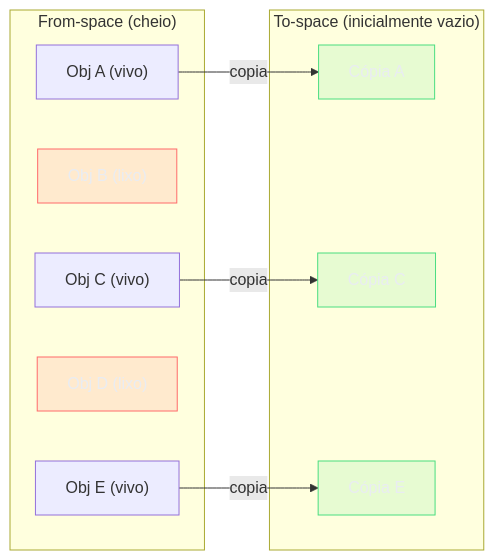
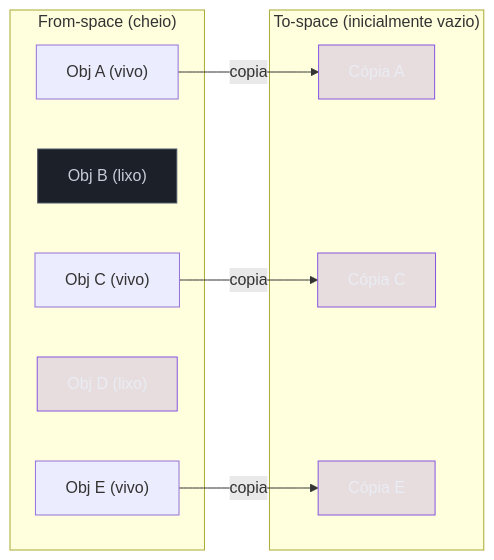
One commit to josenaldo/codex-technomanticus changed the fifth of 11 diagrams in 03-Dominios/Ciência/Compiladores e Linguagens/16 - Garbage collection.md. Above: the diagram before and after it, drawn with Mermaid. The commit also changed other lines of this file and 601 other files, not shown here.

````diff
--- a/03-Dominios/Ciência/Compiladores e Linguagens/16 - Garbage collection.md
+++ b/03-Dominios/Ciência/Compiladores e Linguagens/16 - Garbage collection.md
@@ -191,28 +192,28 @@
 ```mermaid
 graph LR
-    classDef falha fill:#FF6B6B24,stroke:#FF6B6B,color:#E9ECF2
-    classDef ok fill:#4ADE8021,stroke:#4ADE80,color:#E9ECF2
+    classDef marca fill:#8855DF33,stroke:#8855DF,color:#E9ECF2
+    classDef neutro fill:#1B2029,stroke:#4E5666,color:#C6CCD8
     subgraph FROM["From-space (cheio)"]
         FA["Obj A (vivo)"]
         FB["Obj B (lixo)"]
         FC["Obj C (vivo)"]
         FD["Obj D (lixo)"]
         FE["Obj E (vivo)"]
     end
 
     subgraph TO["To-space (inicialmente vazio)"]
         TA["Cópia A"]
         TC["Cópia C"]
         TE["Cópia E"]
     end
 
     FA -- "copia" --> TA
     FC -- "copia" --> TC
     FE -- "copia" --> TE
 
-    class FB falha
-    class FD falha
-    class TA ok
-    class TC ok
-    class TE ok
+    class FB neutro
+    class FD marca
+    class TA marca
+    class TC marca
+    class TE marca
 ```
````
